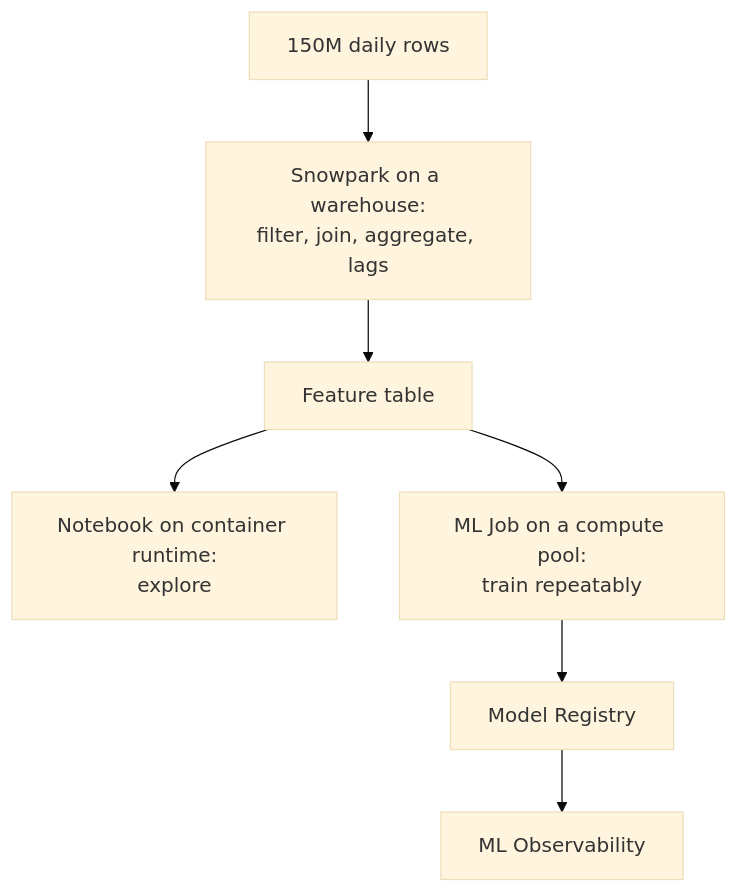
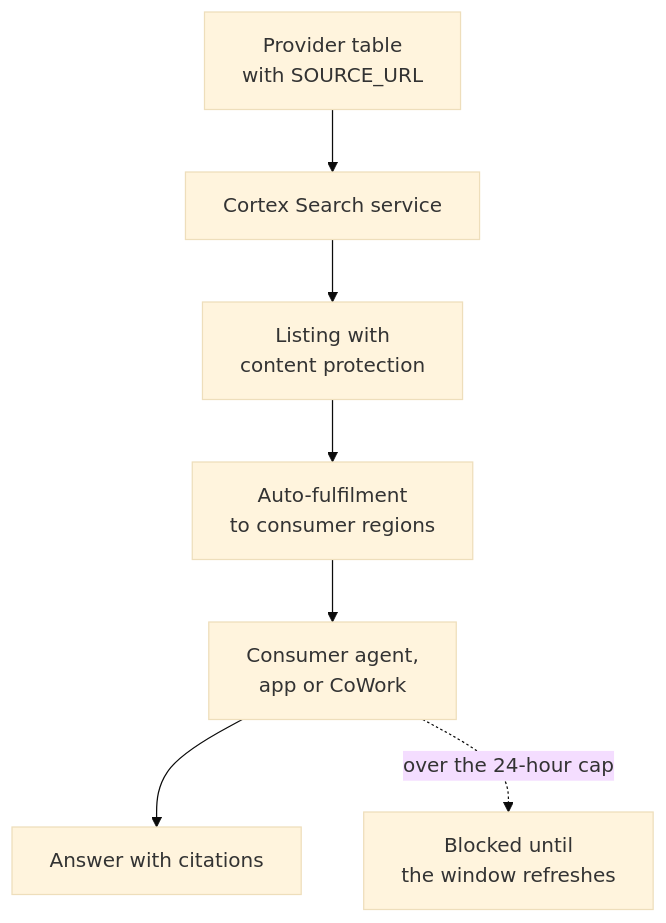
The diagram in data/diagrams/a3315.mmd (Abhi4972/AI-From-Zero-to-Hero), drawn with Mermaid (base theme) before and after one commit. The commit also changed 74 other files, not shown here.

```diff
--- a/data/diagrams/a3315.mmd
+++ b/data/diagrams/a3315.mmd
@@ -1,8 +1,8 @@
-%% after: Where each step runs
+%% after: Cortex Knowledge Extensions
 flowchart TD
-  RAW["150M daily rows"] --> SP["Snowpark on a warehouse:<br/>filter, join, aggregate, lags"]
-  SP --> FT["Feature table"]
-  FT --> NB["Notebook on container runtime:<br/>explore"]
-  FT --> JOB["ML Job on a compute pool:<br/>train repeatably"]
-  JOB --> REG["Model Registry"]
-  REG --> MON["ML Observability"]
+  PT["Provider table<br/>with SOURCE_URL"] --> CSS["Cortex Search service"]
+  CSS --> L["Listing with<br/>content protection"]
+  L --> RP["Auto-fulfilment<br/>to consumer regions"]
+  RP --> CA["Consumer agent,<br/>app or CoWork"]
+  CA --> ANS["Answer with citations"]
+  CA -.->|"over the 24-hour cap"| BL["Blocked until<br/>the window refreshes"]
```
